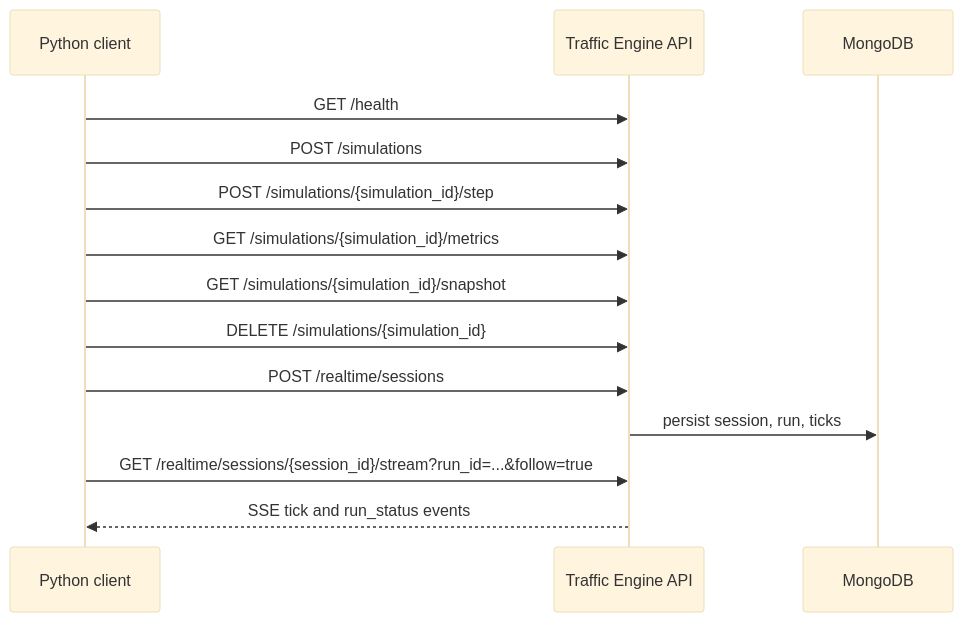
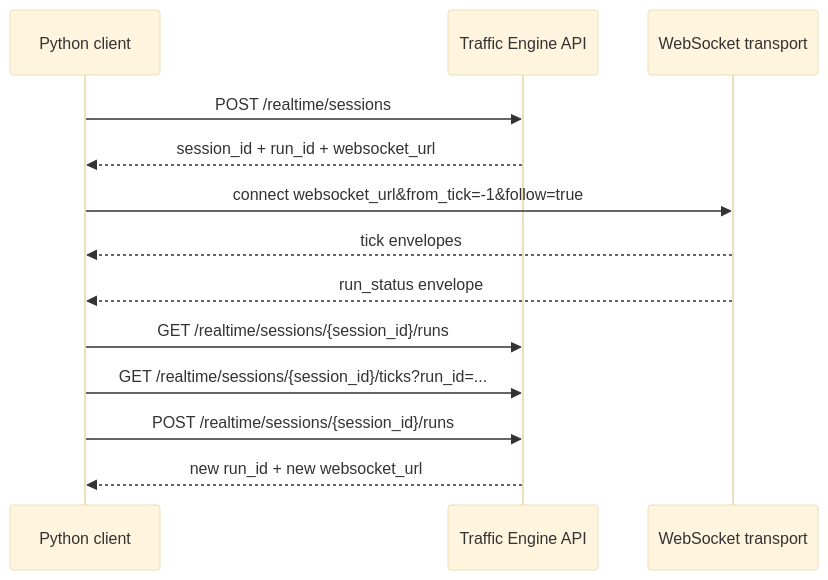
One commit to Tarffic-Simulator/Engine changed the diagram in docs/CONSUME_SERVICE.md. Above: the diagram before and after it, drawn with Mermaid (base theme). The commit also changed other lines of this file and 74 other files, not shown here.

````diff
--- a/docs/CONSUME_SERVICE.md
+++ b/docs/CONSUME_SERVICE.md
@@ -52,18 +29,16 @@
 ```mermaid
 sequenceDiagram
-    participant Client as Python client
+    participant Py as Python client
     participant API as Traffic Engine API
-    participant Mongo as MongoDB
+    participant WS as WebSocket transport
 
-    Client->>API: GET /health
-    Client->>API: POST /simulations
-    Client->>API: POST /simulations/{simulation_id}/step
-    Client->>API: GET /simulations/{simulation_id}/metrics
-    Client->>API: GET /simulations/{simulation_id}/snapshot
-    Client->>API: DELETE /simulations/{simulation_id}
-
-    Client->>API: POST /realtime/sessions
-    API->>Mongo: persist session, run, ticks
-    Client->>API: GET /realtime/sessions/{session_id}/stream?run_id=...&follow=true
-    API-->>Client: SSE tick and run_status events
+    Py->>API: POST /realtime/sessions
+    API-->>Py: session_id + run_id + websocket_url
+    Py->>WS: connect websocket_url&from_tick=-1&follow=true
+    WS-->>Py: tick envelopes
+    WS-->>Py: run_status envelope
+    Py->>API: GET /realtime/sessions/{session_id}/runs
+    Py->>API: GET /realtime/sessions/{session_id}/ticks?run_id=...
+    Py->>API: POST /realtime/sessions/{session_id}/runs
+    API-->>Py: new run_id + new websocket_url
 ```
````
